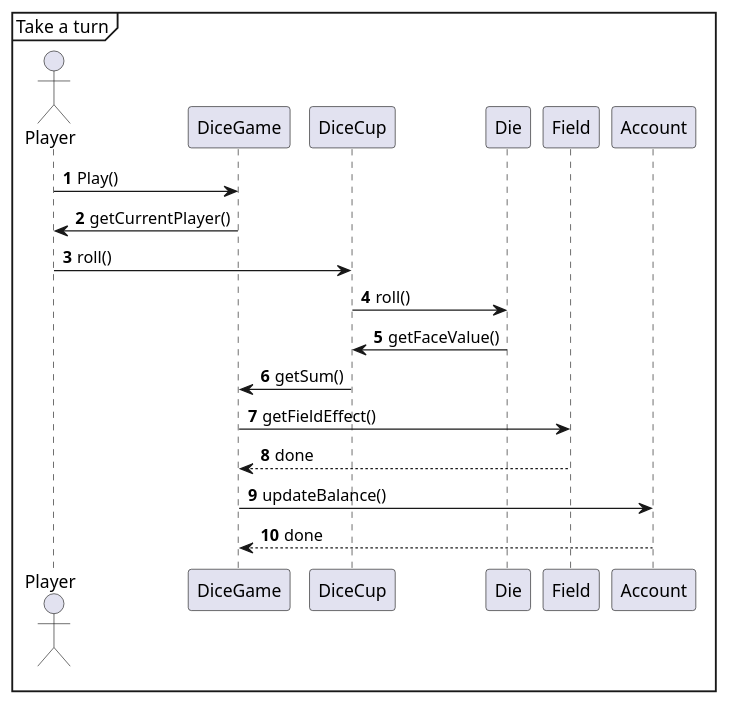
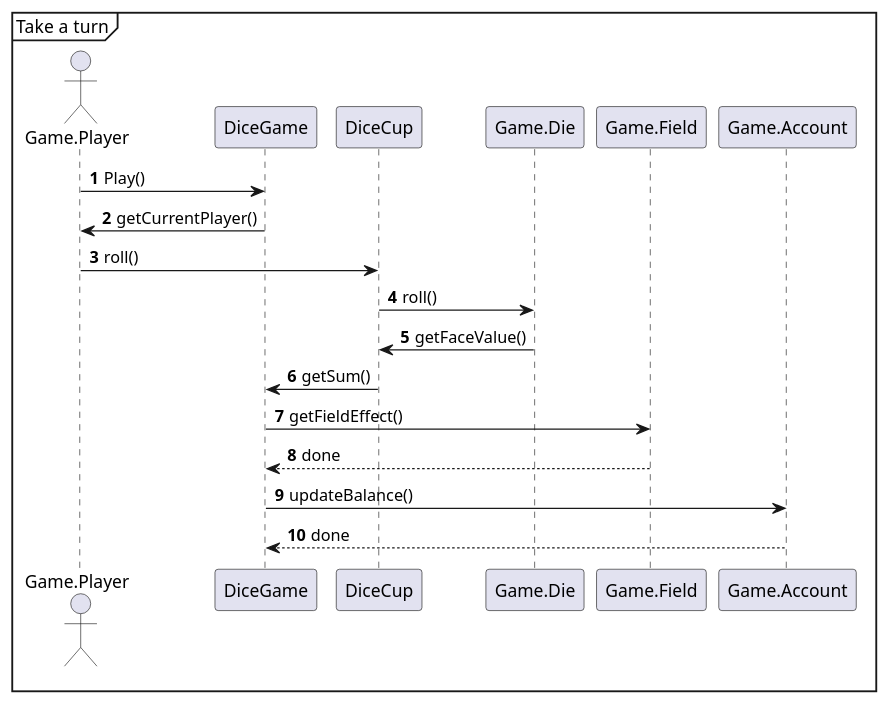
The diagram in 18_del3/PlantUML/DesignSequenceDiagram.puml (GabeKierk889/gruppe-18), drawn with PlantUML before and after one commit. The commit also changed 23 other files, not shown here.

```diff
--- a/18_del3/PlantUML/DesignSequenceDiagram.puml
+++ b/18_del3/PlantUML/DesignSequenceDiagram.puml
@@ -1,20 +1,20 @@
 @startuml
 'https://plantuml.com/sequence-diagram
 
 autonumber
 
-actor   Player
+actor   Game.Player
 mainframe Take a turn
 
-Player -> DiceGame: Play()
-DiceGame -> Player: getCurrentPlayer()
-Player -> DiceCup: roll()
-DiceCup -> Die: roll()
-Die -> DiceCup: getFaceValue()
+Game.Player -> DiceGame: Play()
+DiceGame -> Game.Player: getCurrentPlayer()
+Game.Player -> DiceCup: roll()
+DiceCup -> Game.Die: roll()
+Game.Die -> DiceCup: getFaceValue()
 DiceCup -> DiceGame: getSum()
-DiceGame -> Field: getFieldEffect()
-Field --> DiceGame: done
-DiceGame -> Account: updateBalance()
-Account --> DiceGame: done
+DiceGame -> Game.Field: getFieldEffect()
+Game.Field --> DiceGame: done
+DiceGame -> Game.Account: updateBalance()
+Game.Account --> DiceGame: done
 
 @enduml
```
